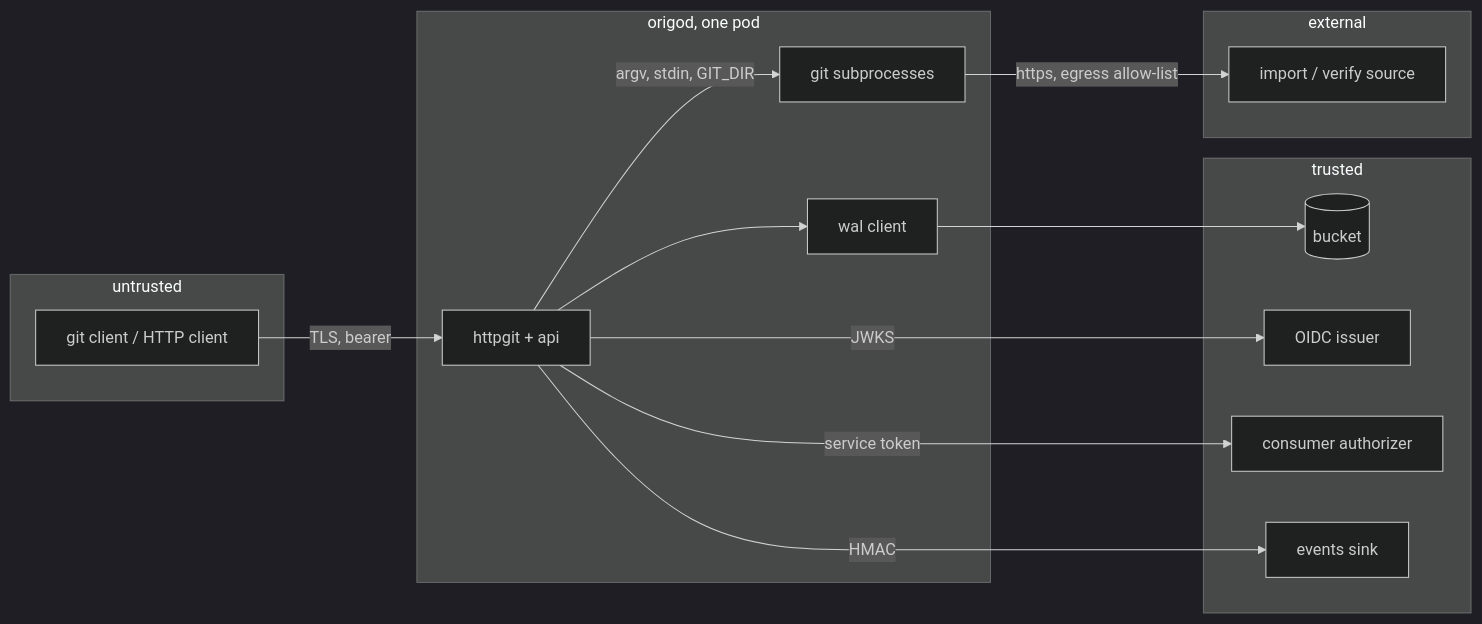
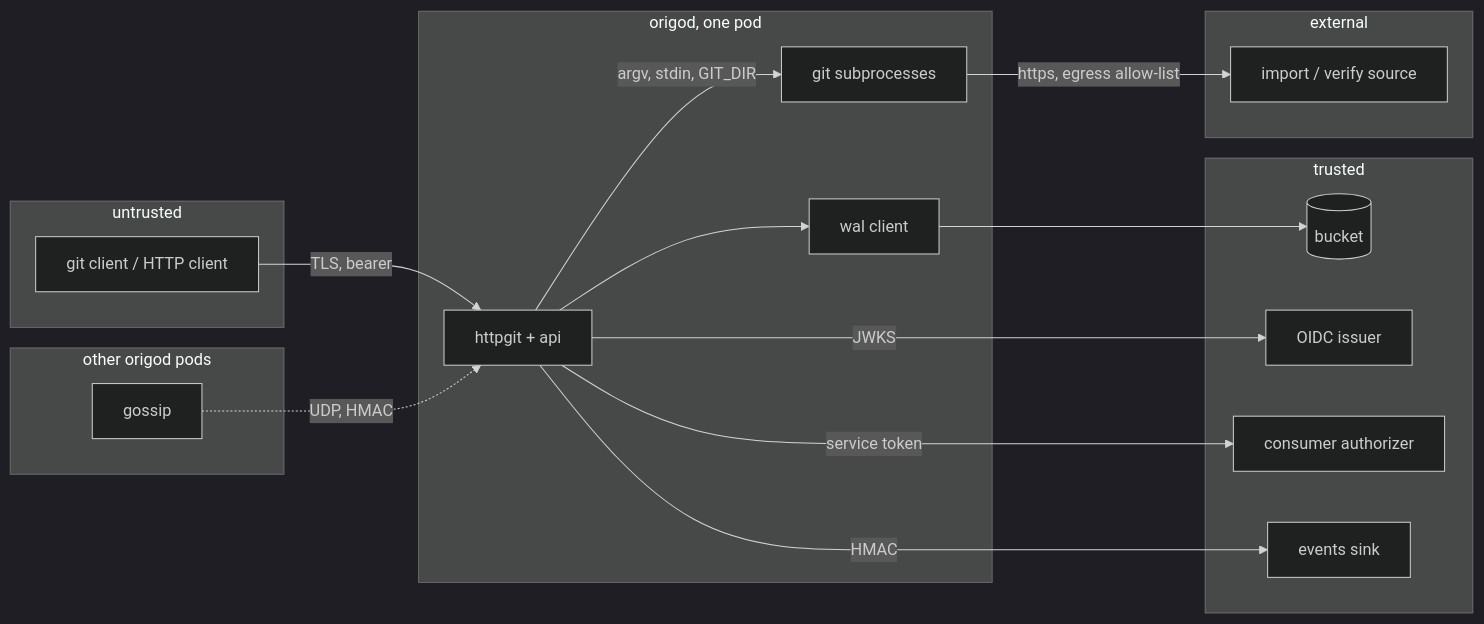
Before and after one commit to latere-ai/origo: the diagram in specs/016-security-and-threat-model.md, drawn with Mermaid (dark theme). The commit also changed other lines of this file, not shown here.

Commit message:
specs(016): the membership forgery row with the gossip MAC, a pinned dialer with the cluster ranges for egress, the gossip secret as an asset

````diff
--- a/specs/016-security-and-threat-model.md
+++ b/specs/016-security-and-threat-model.md
@@ -51,27 +51,31 @@
 ```mermaid
 flowchart LR
   subgraph untrusted
     C[git client / HTTP client]
   end
   subgraph node[origod, one pod]
     H[httpgit + api]
     G[git subprocesses]
     W[wal client]
   end
   subgraph trusted
     S[(bucket)]
     I[OIDC issuer]
     A[consumer authorizer]
     E[events sink]
   end
   subgraph external
     X[import / verify source]
   end
+  subgraph peers[other origod pods]
+    P[gossip]
+  end
   C -->|TLS, bearer| H
   H -->|argv, stdin, GIT_DIR| G
   H --> W --> S
   H -->|JWKS| I
   H -->|service token| A
   H -->|HMAC| E
   G -->|https, egress allow-list| X
+  P -.->|UDP, HMAC| H
 ```
````
